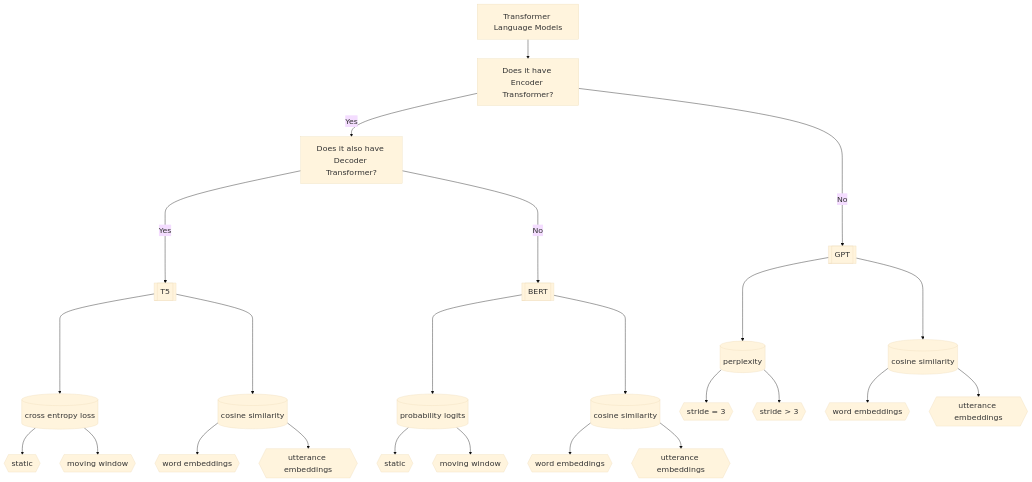
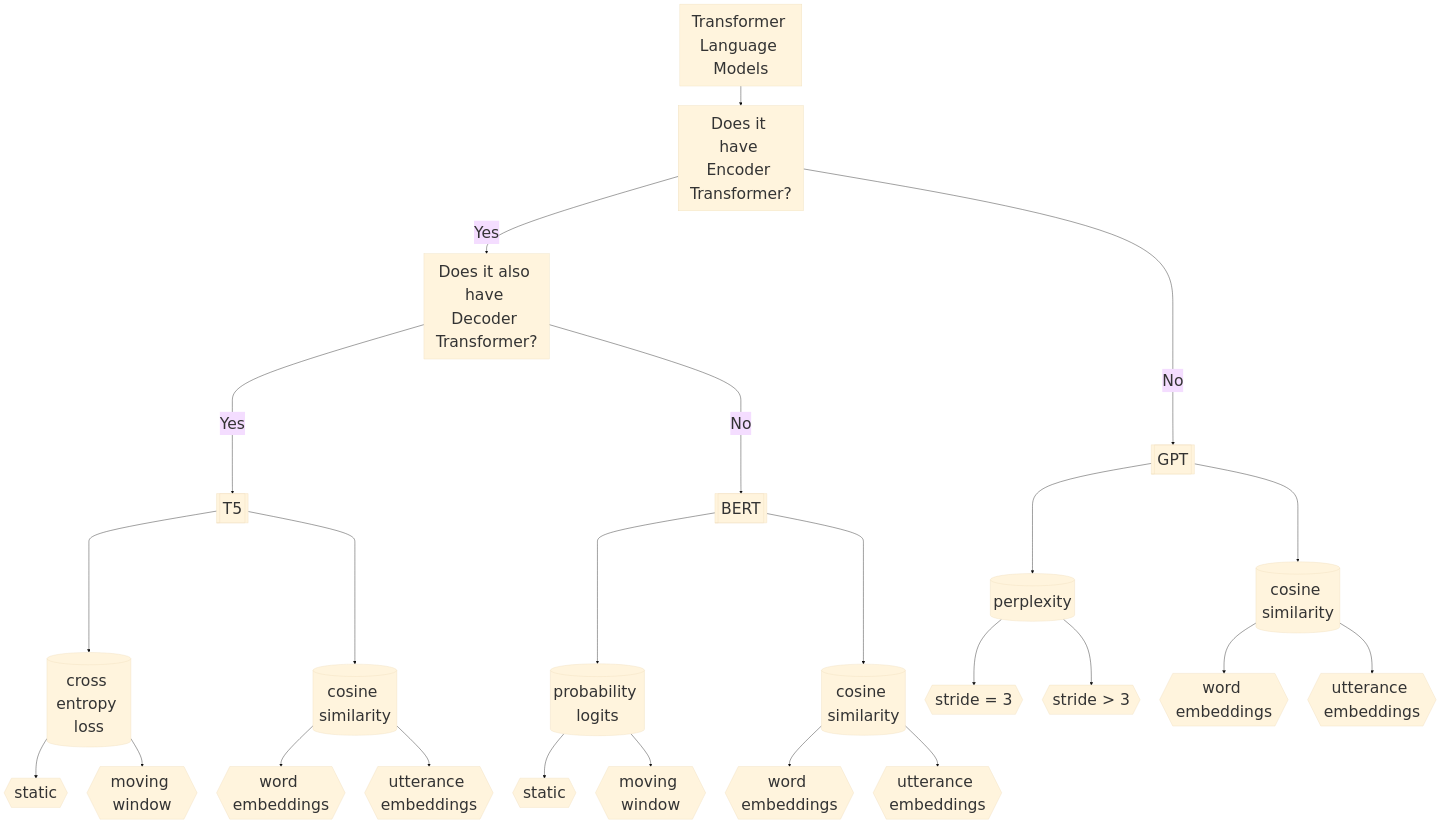
One commit to yancong222/SSD-LM-STanglab changed the diagram in README.md. Above: the diagram before and after it, drawn with Mermaid.

````diff
--- a/README.md
+++ b/README.md
@@ -4,30 +4,30 @@
 ```mermaid
-%%{init: {'theme': 'base', 'themeVariables': { 'fontSize': '20px'}}}%%
+%%{init: {'theme': 'base', 'themeVariables': { 'fontSize': '40px'}}}%%
 flowchart TD
     A[Transformer Language Models] --> B[Does it have Encoder Transformer?]
     B -- Yes --> C[Does it also have Decoder Transformer?]
     C -- Yes ----> D[[T5]] ----> G[(cross entropy loss)]
     G --> J{{static}}
     G --> K{{moving window}}
     D ----> P[(cosine similarity)]
     P --> Q{{word embeddings}}
     P --> R{{utterance embeddings}}
     C -- No ----> E[[BERT]] ----> H[(probability logits)]
     H --> L{{static}}
     H --> M{{moving window}}
     E ----> S[(cosine similarity)]
     S --> T{{word embeddings}}
     S --> U{{utterance embeddings}}
     B -- No ----> F[[GPT]] ----> I[(perplexity)]
     I --> N{{stride = 3}}
     I --> O{{stride > 3}}
     F ----> V[(cosine similarity)]
     V --> W{{word embeddings}}
     V --> X{{utterance embeddings}}
     click A "https://github.com/yancong222/scriptscz/blob/main/perplexity/ed_perplexity.py" _blank
     click B "http://www.github.com" "Open this in a new tab" _blank
     click C href "http://www.github.com" _blank
     click D href "http://www.github.com" "Open this in a new tab" _blank
     
 classDef className fill:#f9f,stroke:#333,stroke-width:4px
 ```
````
